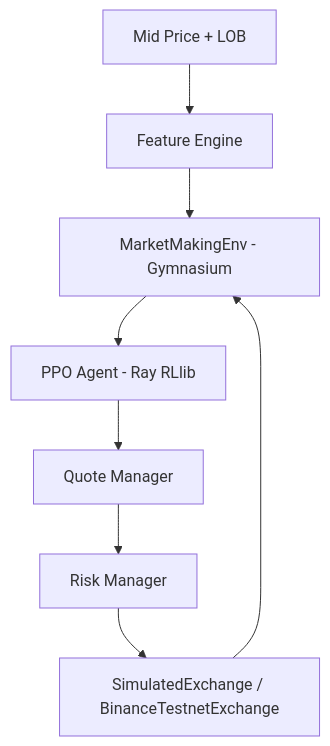
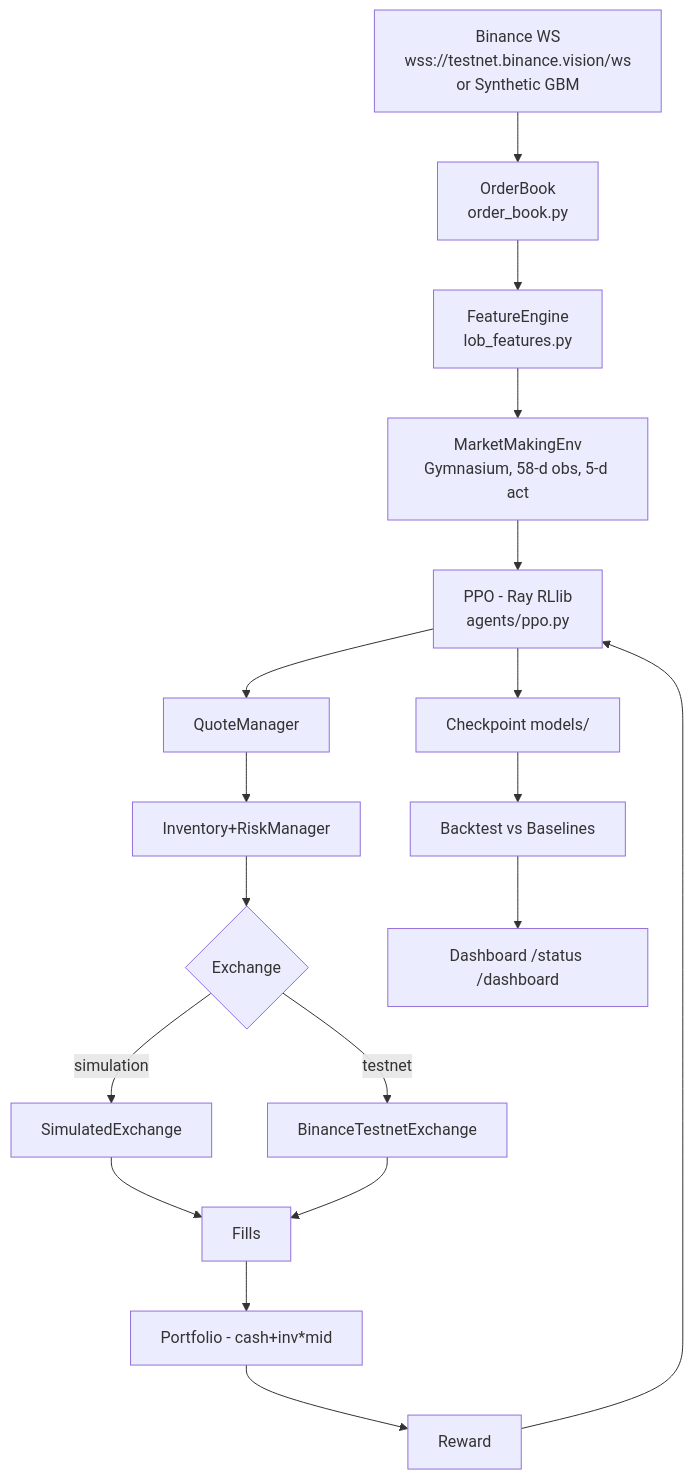
The diagram in README.md (okmito/RL_Market_Maker), drawn with Mermaid before and after one commit. The commit also changed other lines of this file, not shown here.

````diff
--- a/README.md
+++ b/README.md
@@ -7,10 +9,20 @@
 ```mermaid
-graph TD
-    A[Mid Price + LOB] --> B[Feature Engine]
-    B --> C[MarketMakingEnv - Gymnasium]
-    C --> D[PPO Agent - Ray RLlib]
-    D --> E[Quote Manager]
-    E --> F[Risk Manager]
-    F --> G[SimulatedExchange / BinanceTestnetExchange]
-    G --> C
+flowchart TD
+    A[Binance WS<br/>wss://testnet.binance.vision/ws<br/>or Synthetic GBM] --> B[OrderBook<br/>order_book.py]
+    B --> C[FeatureEngine<br/>lob_features.py]
+    C --> D[MarketMakingEnv<br/>Gymnasium, 58-d obs, 5-d act]
+    D --> E[PPO - Ray RLlib<br/>agents/ppo.py]
+    E --> F[QuoteManager]
+    F --> G[Inventory+RiskManager]
+    G --> H{Exchange}
+    H -->|simulation| I[SimulatedExchange]
+    H -->|testnet| J[BinanceTestnetExchange]
+    I --> K[Fills]
+    J --> K
+    K --> L[Portfolio - cash+inv*mid]
+    L --> M[Reward]
+    M --> E
+    E --> N[Checkpoint models/]
+    N --> O[Backtest vs Baselines]
+    O --> P[Dashboard /status /dashboard]
 ```
````
